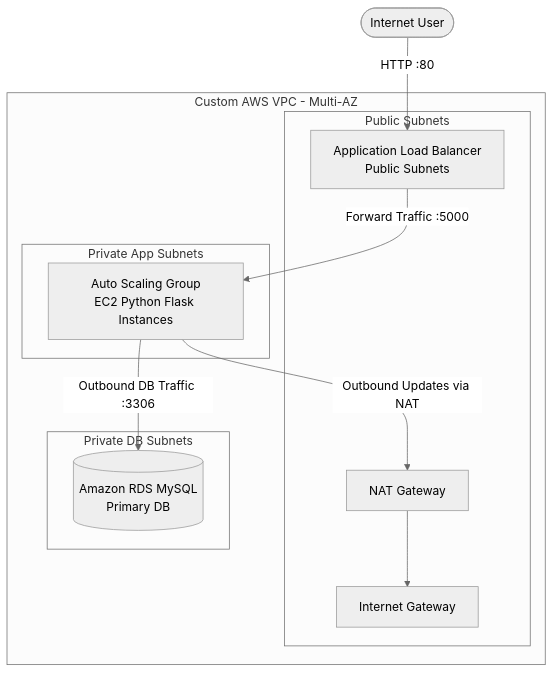
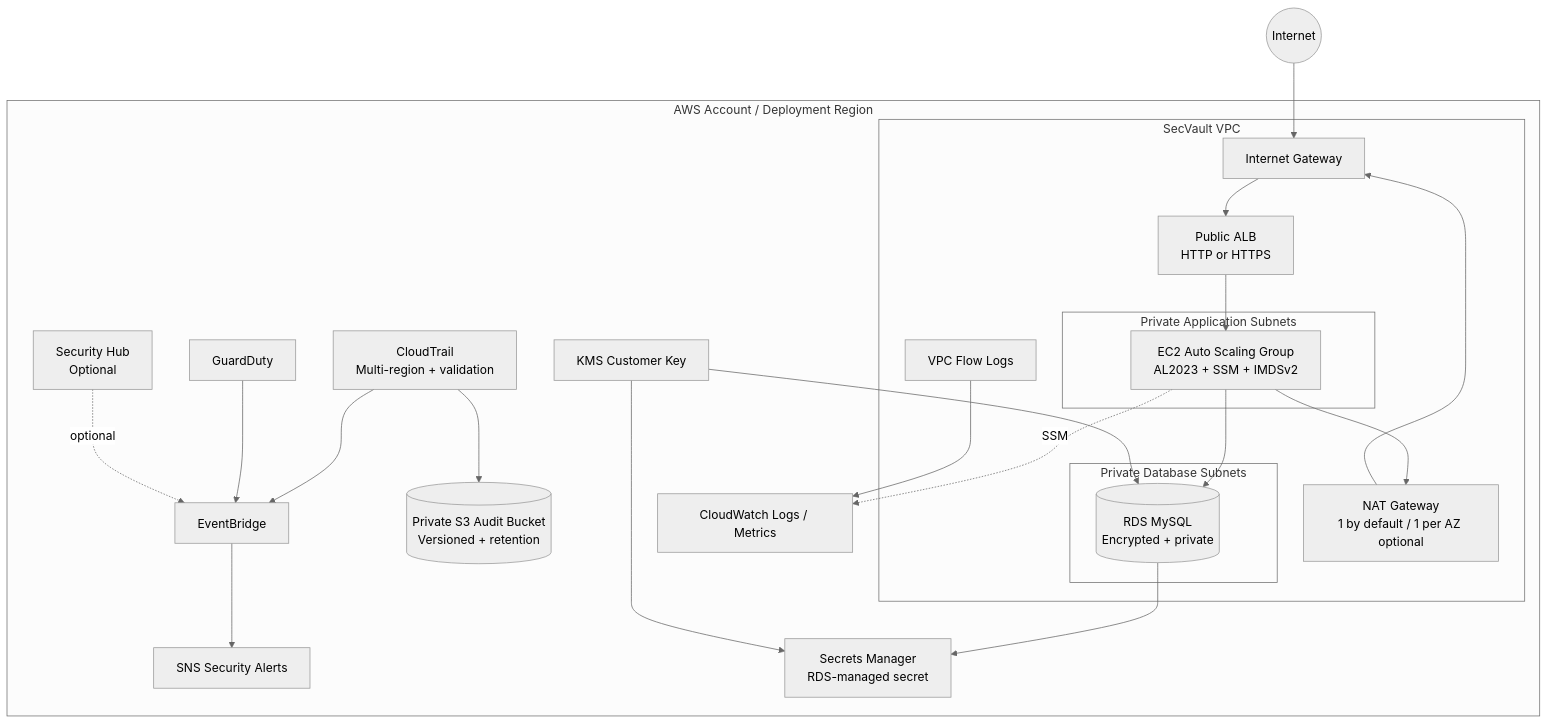
Before and after one commit to Ibad84671/secvault-aws-terraform: the first of 2 diagrams in README.md, drawn with Mermaid (neutral theme). The commit also changed other lines of this file and 33 other files, not shown here.

First line of the commit message:
feat: harden SecVault AWS security architecture

````diff
--- a/README.md
+++ b/README.md
@@ -30,24 +32,47 @@
 ```mermaid
-flowchart TD
-    User([Internet User]) -->|HTTP :80| ALB[Application Load Balancer\nPublic Subnets]
+flowchart TB
+    Internet((Internet))
 
-    subgraph VPC [Custom AWS VPC - Multi-AZ]
-        subgraph PublicSubnets [Public Subnets]
-            ALB
+    subgraph AWS["AWS Account / Deployment Region"]
+        subgraph VPC["SecVault VPC"]
             IGW[Internet Gateway]
-            NAT[NAT Gateway]
+            ALB[Public ALB\nHTTP or HTTPS]
+            NAT[NAT Gateway\n1 by default / 1 per AZ optional]
+
+            subgraph APP["Private Application Subnets"]
+                ASG[EC2 Auto Scaling Group\nAL2023 + SSM + IMDSv2]
+            end
+
+            subgraph DB["Private Database Subnets"]
+                RDS[(RDS MySQL\nEncrypted + private)]
+            end
+
+            Flow[VPC Flow Logs]
         end
 
-        subgraph PrivateAppSubnets [Private App Subnets]
-            ASG[Auto Scaling Group\nEC2 Python Flask Instances]
-        end
-
-        subgraph PrivateDBSubnets [Private DB Subnets]
-            RDS[(Amazon RDS MySQL\nPrimary DB)]
-        end
+        CT[CloudTrail\nMulti-region + validation]
+        Audit[(Private S3 Audit Bucket\nVersioned + retention)]
+        GD[GuardDuty]
+        SH[Security Hub\nOptional]
+        EB[EventBridge]
+        SNS[SNS Security Alerts]
+        CW[CloudWatch Logs / Metrics]
+        KMS[KMS Customer Key]
+        SM[Secrets Manager\nRDS-managed secret]
     end
 
-    ALB -->|Forward Traffic :5000| ASG
-    ASG -->|Outbound DB Traffic :3306| RDS
-    ASG -->|Outbound Updates via NAT| NAT --> IGW
+    Internet --> IGW --> ALB
+    ALB --> ASG
+    ASG --> RDS
+    ASG --> NAT --> IGW
+    ASG -. SSM .-> CW
+    Flow --> CW
+    CT --> Audit
+    CT --> EB
+    GD --> EB
+    SH -. optional .-> EB
+    EB --> SNS
+    RDS --> SM
+    KMS --> RDS
+    KMS --> SM
 ```
````
